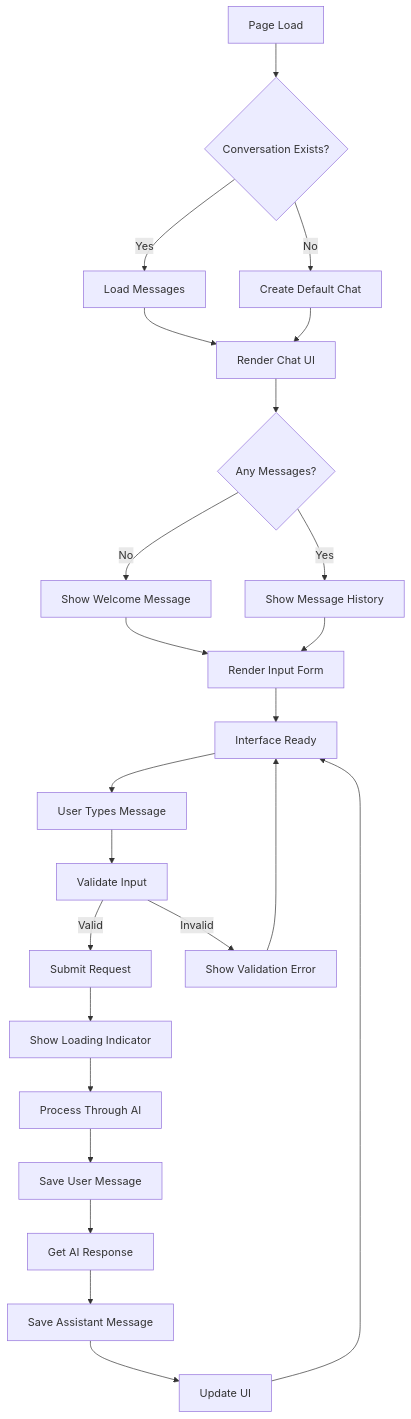
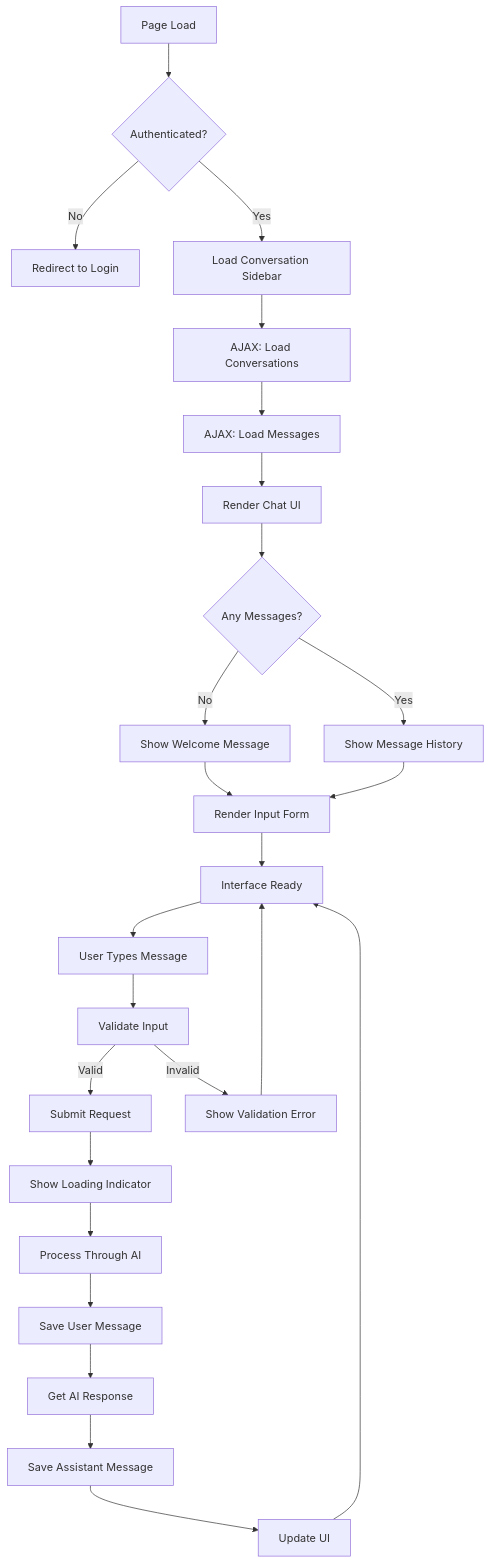
The fourth of 8 diagrams in .qoder/repowiki/en/content/Frontend Development/Chat Interface System.md (siimliimand/laravel-assistant), drawn with Mermaid before and after one commit. The commit also changed other lines of this file and 5 other files, not shown here.

````diff
--- a/.qoder/repowiki/en/content/Frontend Development/Chat Interface System.md
+++ b/.qoder/repowiki/en/content/Frontend Development/Chat Interface System.md
@@ -233,26 +209,27 @@
 ```mermaid
 flowchart TD
-PageLoad[Page Load] --> CheckConversation{Conversation Exists?}
-CheckConversation --> |Yes| LoadMessages[Load Messages]
-CheckConversation --> |No| CreateDefault[Create Default Chat]
+PageLoad[Page Load] --> CheckAuth{Authenticated?}
+CheckAuth --> |No| RedirectLogin[Redirect to Login]
+CheckAuth --> |Yes| LoadSidebar[Load Conversation Sidebar]
+LoadSidebar --> LoadConversations[AJAX: Load Conversations]
+LoadConversations --> LoadMessages[AJAX: Load Messages]
 LoadMessages --> RenderUI[Render Chat UI]
-CreateDefault --> RenderUI
 RenderUI --> ShowWelcome{Any Messages?}
 ShowWelcome --> |No| ShowWelcomeMsg[Show Welcome Message]
 ShowWelcome --> |Yes| ShowHistory[Show Message History]
 ShowWelcomeMsg --> RenderForm[Render Input Form]
 ShowHistory --> RenderForm
 RenderForm --> Ready[Interface Ready]
 Ready --> UserInput[User Types Message]
 UserInput --> ValidateInput[Validate Input]
 ValidateInput --> |Valid| SubmitRequest[Submit Request]
 ValidateInput --> |Invalid| ShowError[Show Validation Error]
 SubmitRequest --> ShowLoading[Show Loading Indicator]
 ShowLoading --> ProcessAI[Process Through AI]
 ProcessAI --> SaveMessage[Save User Message]
 SaveMessage --> GetResponse[Get AI Response]
 GetResponse --> SaveResponse[Save Assistant Message]
 SaveResponse --> UpdateUI[Update UI]
 UpdateUI --> Ready
 ShowError --> Ready
 ```
````
